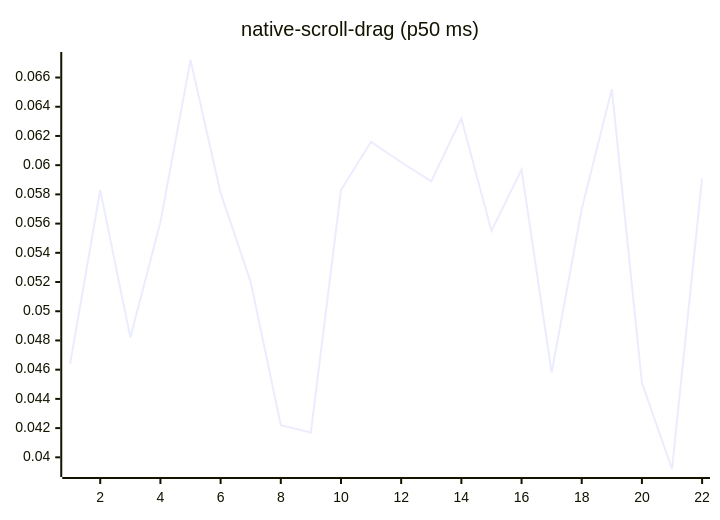
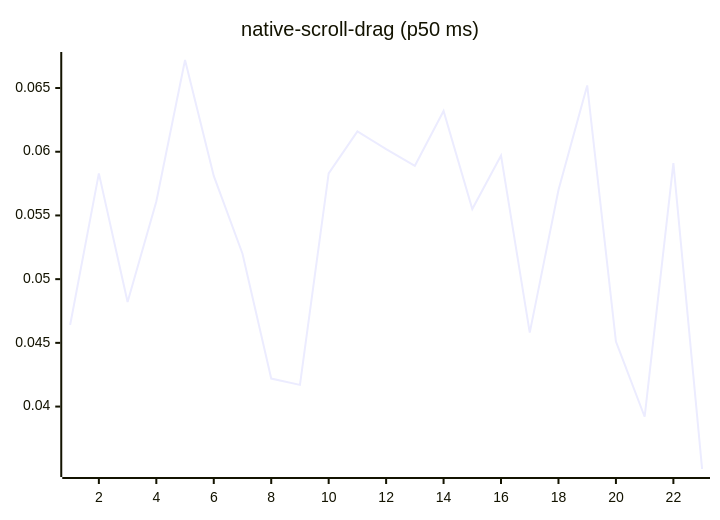
One commit to josha/Facet changed diagram 14 of 27 in README.md. Above: the diagram before and after it, drawn with Mermaid. The commit also changed other lines of this file and 2 other files, not shown here.

````diff
--- a/README.md
+++ b/README.md
@@ -154,6 +154,6 @@
 ```mermaid
 xychart-beta
     title "native-scroll-drag (p50 ms)"
-    x-axis 1 --> 22
-    line [0.0464, 0.0583, 0.0482, 0.0561, 0.0672, 0.0581, 0.0520, 0.0422, 0.0417, 0.0583, 0.0616, 0.0602, 0.0589, 0.0632, 0.0555, 0.0597, 0.0458, 0.0570, 0.0652, 0.0451, 0.0392, 0.0591]
+    x-axis 1 --> 23
+    line [0.0464, 0.0583, 0.0482, 0.0561, 0.0672, 0.0581, 0.0520, 0.0422, 0.0417, 0.0583, 0.0616, 0.0602, 0.0589, 0.0632, 0.0555, 0.0597, 0.0458, 0.0570, 0.0652, 0.0451, 0.0392, 0.0591, 0.0351]
 ```
````
